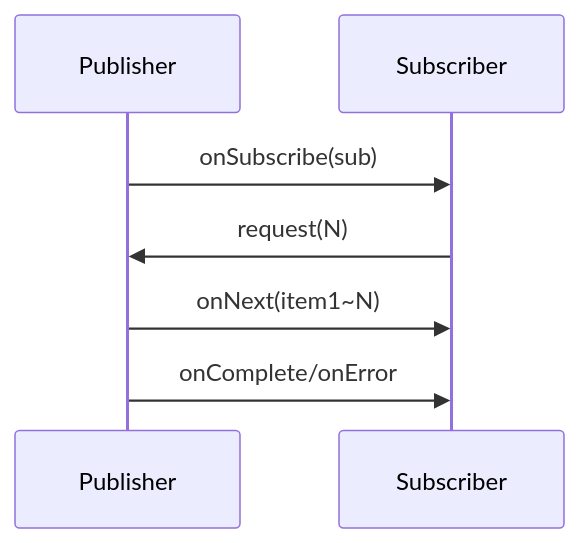
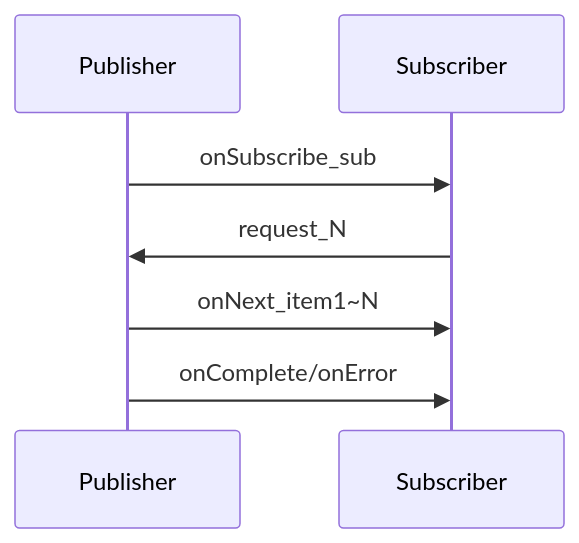
One commit to yjkim2015/yjkim2015.github.io changed the third of 9 diagrams in _posts/spring/2026-05-01-spring-webflux.md. Above: the diagram before and after it, drawn with Mermaid. The commit also changed 85 other files, not shown here.

First line of the commit message:
sequenceDiagram 문법 에러 2차 수정 169개 (86파일)

````diff
--- a/_posts/spring/2026-05-01-spring-webflux.md
+++ b/_posts/spring/2026-05-01-spring-webflux.md
@@ -103,7 +103,7 @@
 ```mermaid
 sequenceDiagram
-    Publisher->>Subscriber: onSubscribe(sub)
-    Subscriber->>Publisher: request(N)
-    Publisher->>Subscriber: onNext(item1~N)
+    Publisher->>Subscriber: onSubscribe_sub
+    Subscriber->>Publisher: request_N
+    Publisher->>Subscriber: onNext_item1~N
     Publisher->>Subscriber: onComplete/onError
 ```
````
